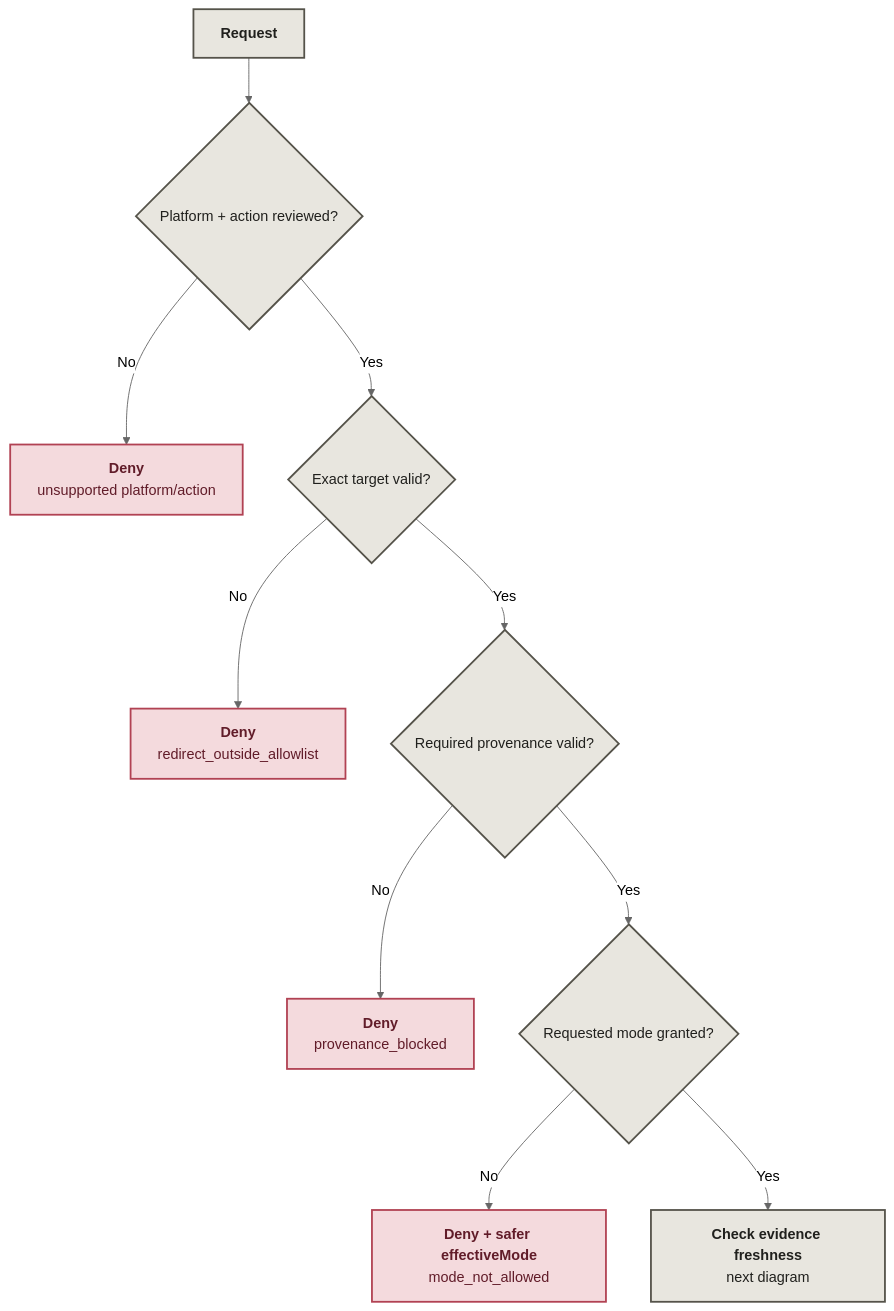
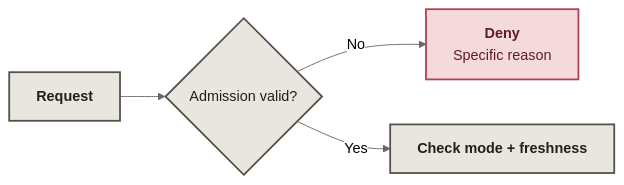
The first of 3 diagrams in README.md (Niyam-Paneru/agent-policy-core), drawn with Mermaid (neutral theme) before and after one commit. The commit also changed other lines of this file, not shown here.

Commit message:
docs: compact decision diagrams for README width

````diff
--- a/README.md
+++ b/README.md
@@ -11,17 +11,11 @@
 ```mermaid
-flowchart TD
-    A["<b>Request</b>"] --> B{"Platform + action reviewed?"}
-    B -- No --> D["<b>Deny</b><br/>unsupported platform/action"]
-    B -- Yes --> C{"Exact target valid?"}
-    C -- No --> E["<b>Deny</b><br/>redirect_outside_allowlist"]
-    C -- Yes --> P{"Required provenance valid?"}
-    P -- No --> Q["<b>Deny</b><br/>provenance_blocked"]
-    P -- Yes --> M{"Requested mode granted?"}
-    M -- No --> N["<b>Deny + safer effectiveMode</b><br/>mode_not_allowed"]
-    M -- Yes --> F["<b>Check evidence freshness</b><br/>next diagram"]
+flowchart LR
+    A["<b>Request</b>"] --> B{"Admission valid?"}
+    B -- No --> D["<b>Deny</b><br/>Specific reason"]
+    B -- Yes --> F["<b>Check mode + freshness</b>"]
     classDef input fill:#e8e6df,stroke:#55534a,color:#20201d,stroke-width:2px;
     classDef pass fill:#d2e5d8,stroke:#38734d,color:#183923,stroke-width:2px;
     classDef stop fill:#f4dadd,stroke:#b14253,color:#611c29,stroke-width:2px;
-    class A,B,C,P,M,F input;
-    class D,E,Q,N stop;
+    class A,B,F input;
+    class D stop;
 ```
````
